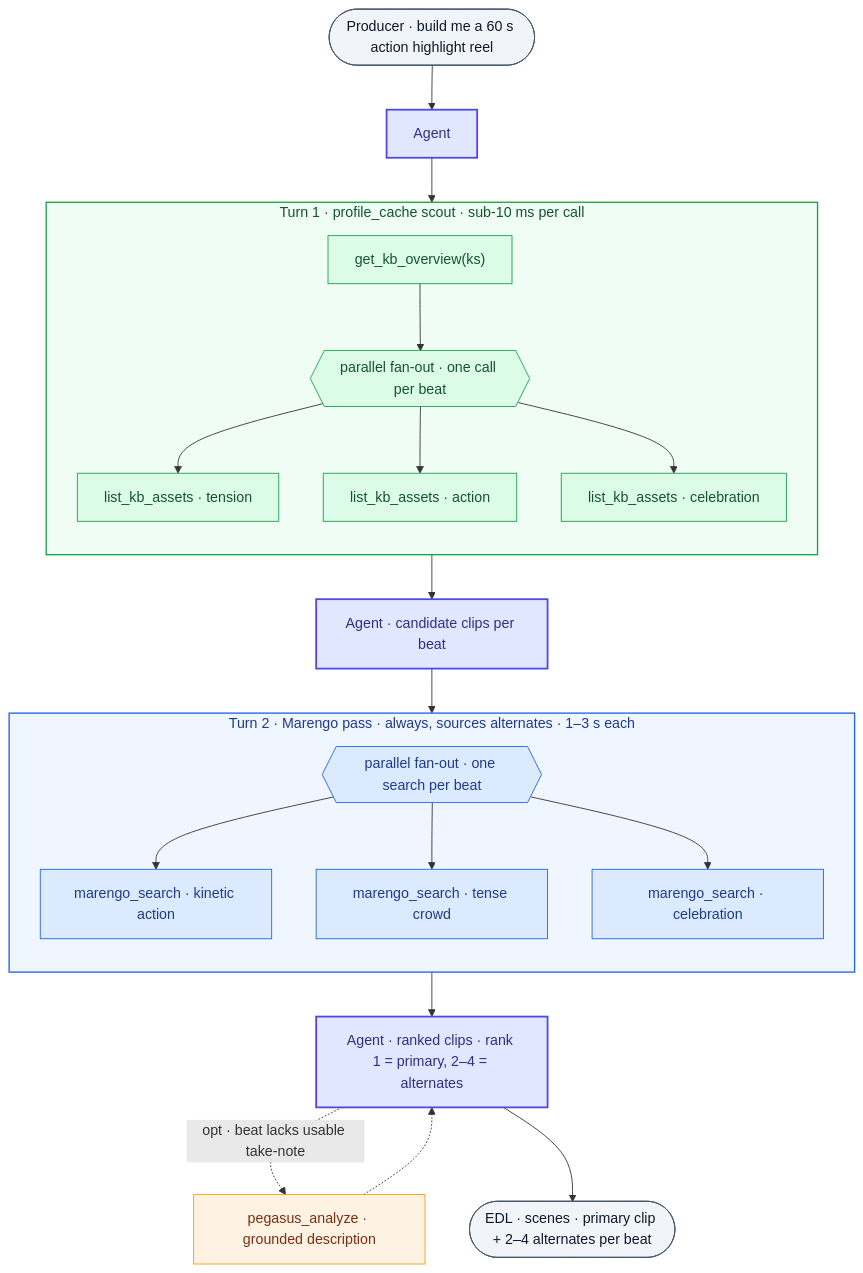
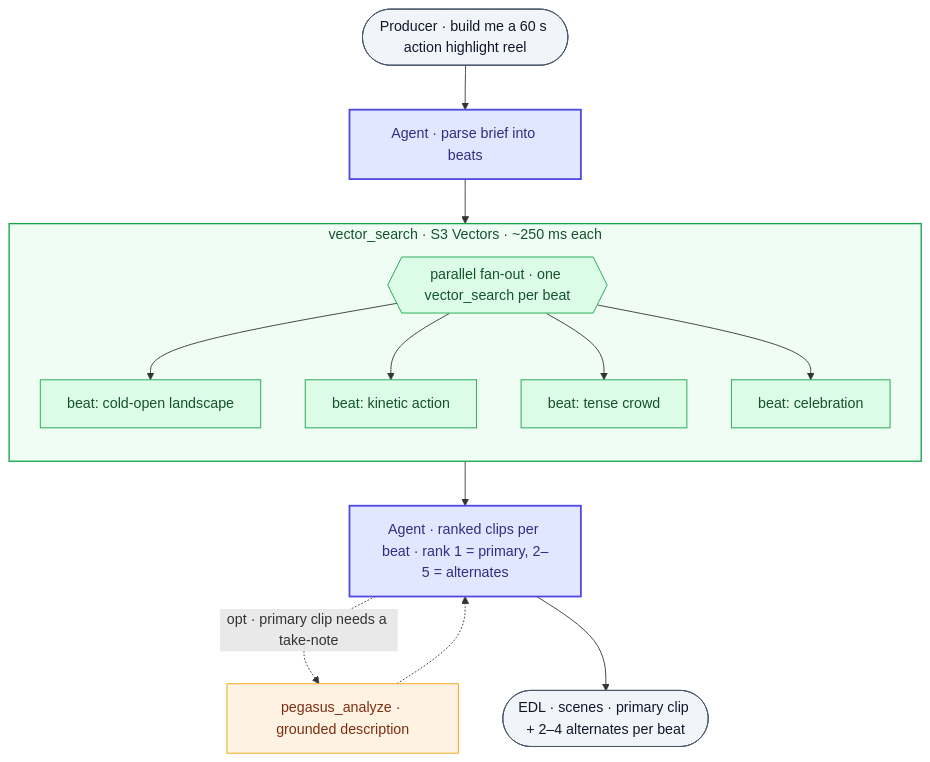
One commit to twelvelabs-io/tl-agentcore changed the second of 3 diagrams in docs/whitepaper.md. Above: the diagram before and after it, drawn with Mermaid. The commit also changed other lines of this file and 1 other file, not shown here.

First line of the commit message:
Whitepaper: redesign around embedding-RAG over S3 Vectors

````diff
--- a/docs/whitepaper.md
+++ b/docs/whitepaper.md
@@ -100,46 +110,31 @@
 ```mermaid
 flowchart TD
-    U(["Producer · build me a 60 s action highlight reel"]) --> A1[Agent]
+    U(["Producer · build me a 60 s action highlight reel"]) --> A1[Agent · parse brief into beats]
 
-    A1 --> T1
+    A1 --> VFan{{"parallel fan-out · one vector_search per beat"}}
 
-    subgraph T1["Turn 1 · profile_cache scout · sub-10 ms per call"]
+    subgraph VS["vector_search · S3 Vectors · ~250 ms each"]
       direction TB
-      C0["get_kb_overview&lpar;ks&rpar;"]
-      C0 --> CFan{{"parallel fan-out · one call per beat"}}
-      CFan --> C1["list_kb_assets · tension"]
-      CFan --> C2["list_kb_assets · action"]
-      CFan --> C3["list_kb_assets · celebration"]
+      VFan --> V1["beat: cold-open landscape"]
+      VFan --> V2["beat: kinetic action"]
+      VFan --> V3["beat: tense crowd"]
+      VFan --> V4["beat: celebration"]
     end
 
-    T1 --> A2[Agent · candidate clips per beat]
-    A2 --> T2
+    VS --> A2[Agent · ranked clips per beat · rank 1 = primary, 2–5 = alternates]
+    A2 -.->|"opt · primary clip needs a take-note"| P["pegasus_analyze · grounded description"]
+    P -.-> A2
+    A2 --> O(["EDL · scenes · primary clip + 2–4 alternates per beat"])
 
-    subgraph T2["Turn 2 · Marengo pass · always, sources alternates · 1–3 s each"]
-      direction TB
-      MFan{{"parallel fan-out · one search per beat"}}
-      MFan --> M1["marengo_search · kinetic action"]
-      MFan --> M2["marengo_search · tense crowd"]
-      MFan --> M3["marengo_search · celebration"]
-    end
+    classDef retrieval fill:#dcfce7,stroke:#16a34a,color:#14532d
+    classDef agent     fill:#e0e7ff,stroke:#4f46e5,stroke-width:2px,color:#312e81
+    classDef pegasus   fill:#fef3e2,stroke:#f59e0b,color:#7c2d12
+    classDef io        fill:#f1f5f9,stroke:#475569,color:#0f172a
 
-    T2 --> A3[Agent · ranked clips · rank 1 = primary, 2–4 = alternates]
-    A3 -.->|"opt · beat lacks usable take-note"| P["pegasus_analyze · grounded description"]
-    P -.-> A3
-    A3 --> O(["EDL · scenes · primary clip + 2–4 alternates per beat"])
-
-    classDef phase1 fill:#dcfce7,stroke:#16a34a,color:#14532d
-    classDef phase2 fill:#dbeafe,stroke:#2563eb,color:#1e3a8a
-    classDef agent  fill:#e0e7ff,stroke:#4f46e5,stroke-width:2px,color:#312e81
-    classDef pegasus fill:#fef3e2,stroke:#f59e0b,color:#7c2d12
-    classDef io     fill:#f1f5f9,stroke:#475569,color:#0f172a
-
-    class C0,C1,C2,C3,CFan phase1
-    class M1,M2,M3,MFan phase2
-    class A1,A2,A3 agent
+    class V1,V2,V3,V4,VFan retrieval
+    class A1,A2 agent
     class P pegasus
     class U,O io
 
-    style T1 fill:#f0fdf4,stroke:#16a34a,stroke-width:1.5px,color:#14532d
-    style T2 fill:#eff6ff,stroke:#2563eb,stroke-width:1.5px,color:#1e3a8a
+    style VS fill:#f0fdf4,stroke:#16a34a,stroke-width:1.5px,color:#14532d
 ```
````
